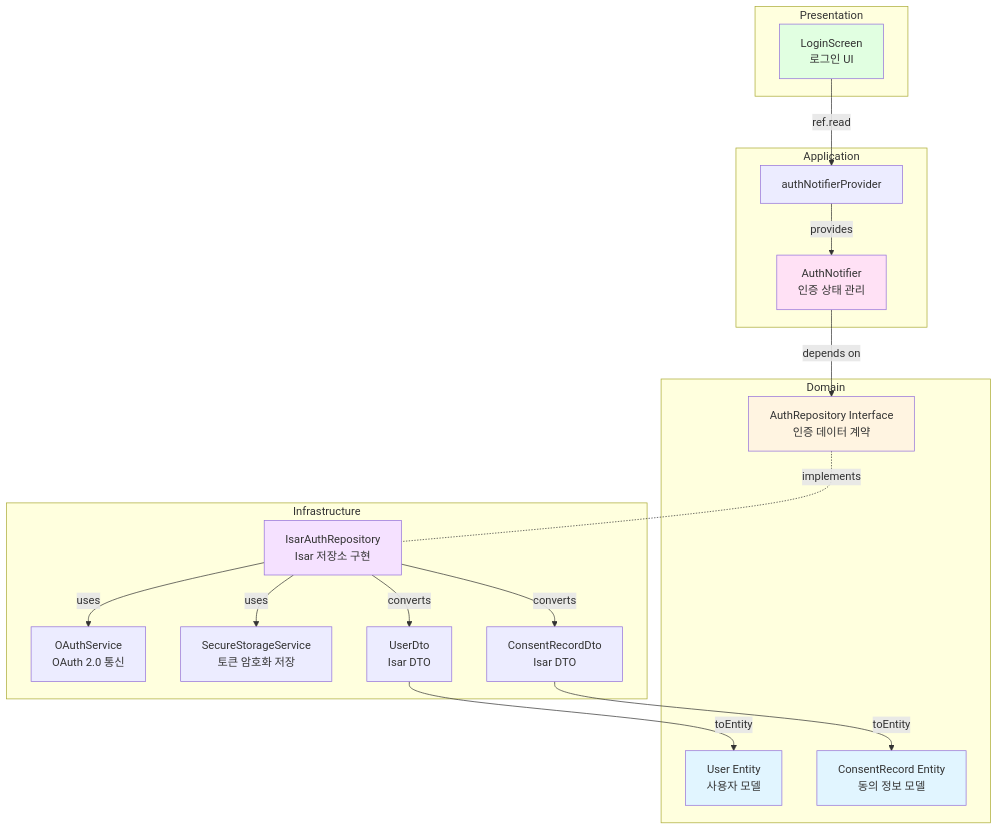
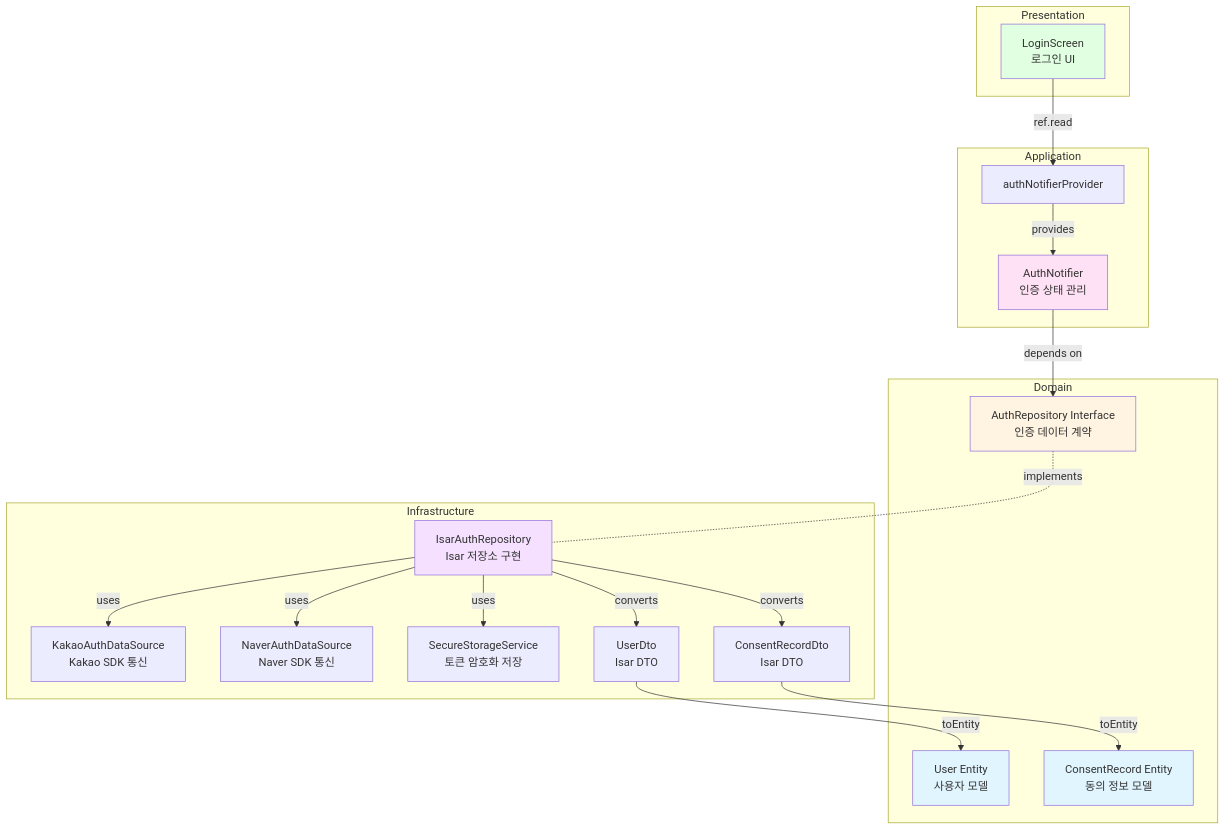
The diagram in docs/001/plan.md (pcepyon/n06), drawn with Mermaid before and after one commit. The commit also changed other lines of this file, not shown here.

Commit message:
docs: 네이버, 카카오 auth 로직 수정

````diff
--- a/docs/001/plan.md
+++ b/docs/001/plan.md
@@ -28,43 +29,45 @@
 ```mermaid
 graph TB
     subgraph Presentation
         LoginScreen[LoginScreen<br/>로그인 UI]
     end
 
     subgraph Application
         AuthNotifier[AuthNotifier<br/>인증 상태 관리]
         AuthProvider[authNotifierProvider]
     end
 
     subgraph Domain
         User[User Entity<br/>사용자 모델]
         Consent[ConsentRecord Entity<br/>동의 정보 모델]
         AuthRepo[AuthRepository Interface<br/>인증 데이터 계약]
     end
 
     subgraph Infrastructure
         IsarAuthRepo[IsarAuthRepository<br/>Isar 저장소 구현]
-        OAuthService[OAuthService<br/>OAuth 2.0 통신]
+        KakaoDataSource[KakaoAuthDataSource<br/>Kakao SDK 통신]
+        NaverDataSource[NaverAuthDataSource<br/>Naver SDK 통신]
         SecureStorage[SecureStorageService<br/>토큰 암호화 저장]
         UserDto[UserDto<br/>Isar DTO]
         ConsentDto[ConsentRecordDto<br/>Isar DTO]
     end
 
     LoginScreen -->|ref.read| AuthProvider
     AuthProvider -->|provides| AuthNotifier
     AuthNotifier -->|depends on| AuthRepo
     AuthRepo -.implements.- IsarAuthRepo
-    IsarAuthRepo -->|uses| OAuthService
+    IsarAuthRepo -->|uses| KakaoDataSource
+    IsarAuthRepo -->|uses| NaverDataSource
     IsarAuthRepo -->|uses| SecureStorage
     IsarAuthRepo -->|converts| UserDto
     IsarAuthRepo -->|converts| ConsentDto
     UserDto -->|toEntity| User
     ConsentDto -->|toEntity| Consent
 
     style User fill:#e1f5ff
     style Consent fill:#e1f5ff
     style AuthRepo fill:#fff4e1
     style AuthNotifier fill:#ffe1f5
     style LoginScreen fill:#e1ffe1
     style IsarAuthRepo fill:#f5e1ff
 ```
````
